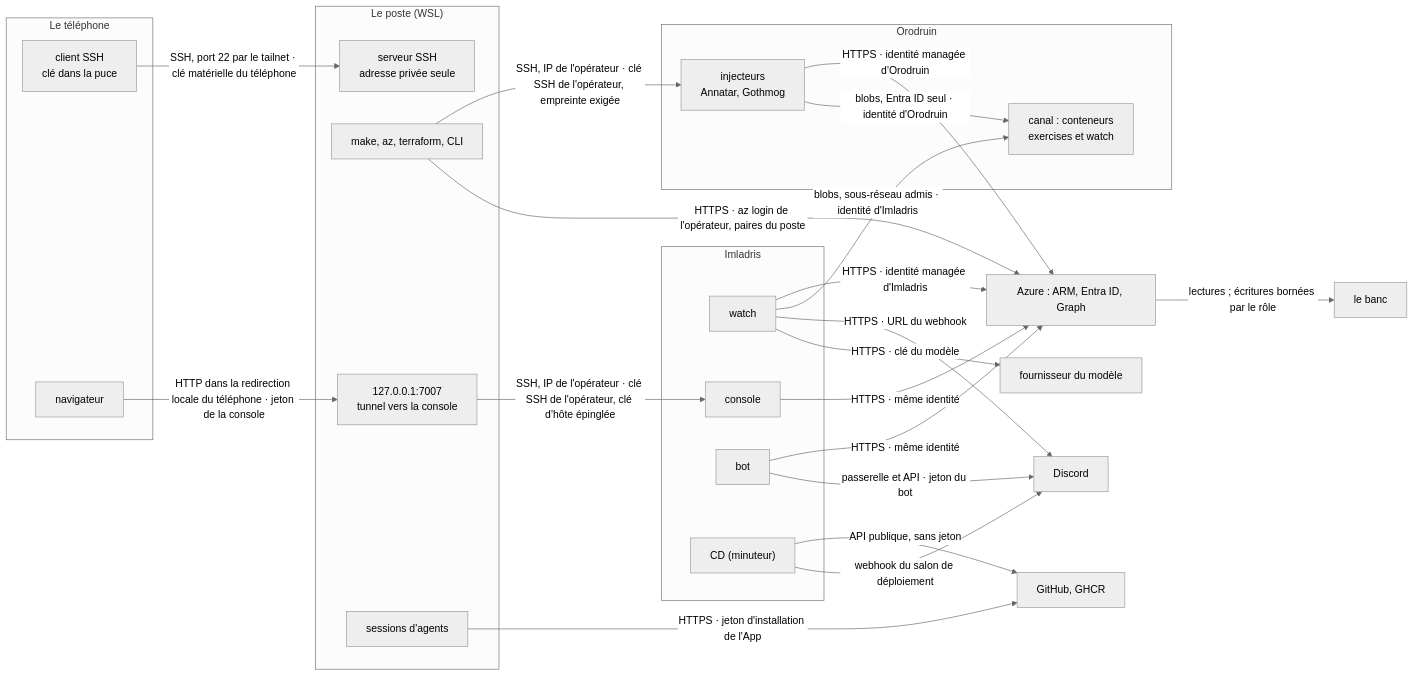
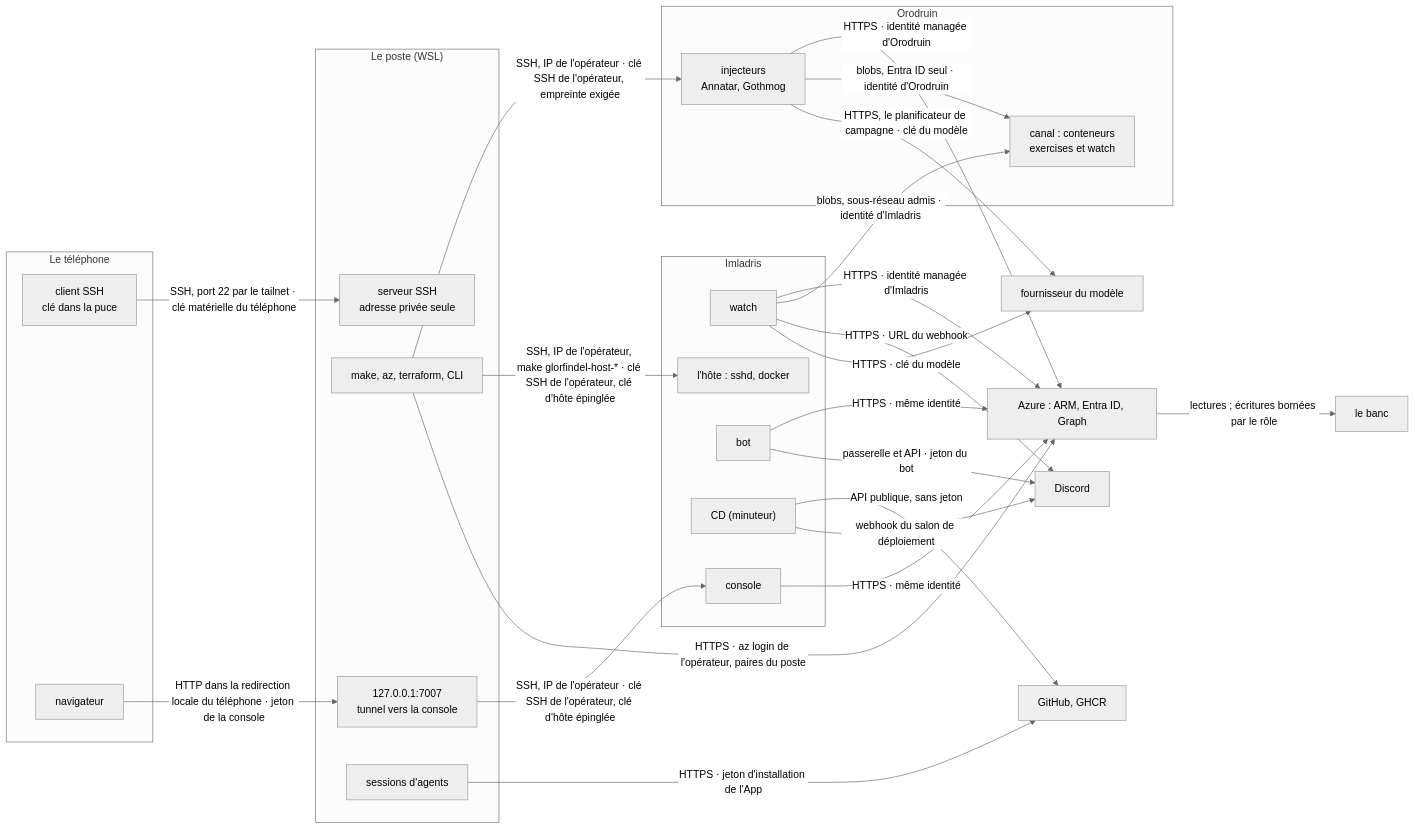
The first of 4 diagrams in docs/design/identites.md (grootcyber/eregion), drawn with Mermaid (neutral theme) before and after one commit. The commit also changed other lines of this file and 6 other files, not shown here.

````diff
--- a/docs/design/identites.md
+++ b/docs/design/identites.md
@@ -42,47 +42,50 @@
 ```mermaid
 flowchart LR
   subgraph TEL["Le téléphone"]
     PH["client SSH<br/>clé dans la puce"]
     NAV["navigateur"]
   end
   subgraph POSTE["Le poste (WSL)"]
     SSHD["serveur SSH<br/>adresse privée seule"]
     CLI["make, az, terraform, CLI"]
     TUN["127.0.0.1:7007<br/>tunnel vers la console"]
     SES["sessions d'agents"]
   end
   subgraph IML["Imladris"]
     W["watch"]
     C["console"]
     B["bot"]
     CD["CD (minuteur)"]
+    HOSTI["l'hôte : sshd, docker"]
   end
   subgraph ORO["Orodruin"]
     INJ["injecteurs<br/>Annatar, Gothmog"]
     CHAN["canal : conteneurs<br/>exercises et watch"]
   end
   BENCH["le banc"]
   ARM["Azure : ARM, Entra ID, Graph"]
   DISC["Discord"]
   GH["GitHub, GHCR"]
   LLM["fournisseur du modèle"]
 
   PH -->|"SSH, port 22 par le tailnet · clé matérielle du téléphone"| SSHD
   NAV -->|"HTTP dans la redirection locale du téléphone · jeton de la console"| TUN
   TUN -->|"SSH, IP de l'opérateur · clé SSH de l'opérateur, clé d'hôte épinglée"| C
   CLI -->|"SSH, IP de l'opérateur · clé SSH de l'opérateur, empreinte exigée"| INJ
+  CLI -->|"SSH, IP de l'opérateur, make glorfindel-host-* · clé SSH de l'opérateur, clé d'hôte épinglée"| HOSTI
   CLI -->|"HTTPS · az login de l'opérateur, paires du poste"| ARM
   W -->|"HTTPS · identité managée d'Imladris"| ARM
   C -->|"HTTPS · même identité"| ARM
   B -->|"HTTPS · même identité"| ARM
   INJ -->|"HTTPS · identité managée d'Orodruin"| ARM
   ARM -->|"lectures ; écritures bornées par le rôle"| BENCH
   INJ -->|"blobs, Entra ID seul · identité d'Orodruin"| CHAN
   W -->|"blobs, sous-réseau admis · identité d'Imladris"| CHAN
   B -->|"passerelle et API · jeton du bot"| DISC
   W -->|"HTTPS · URL du webhook"| DISC
   W -->|"HTTPS · clé du modèle"| LLM
+  INJ -->|"HTTPS, le planificateur de campagne · clé du modèle"| LLM
   CD -->|"API publique, sans jeton"| GH
   CD -->|"webhook du salon de déploiement"| DISC
   SES -->|"HTTPS · jeton d'installation de l'App"| GH
 ```
````
